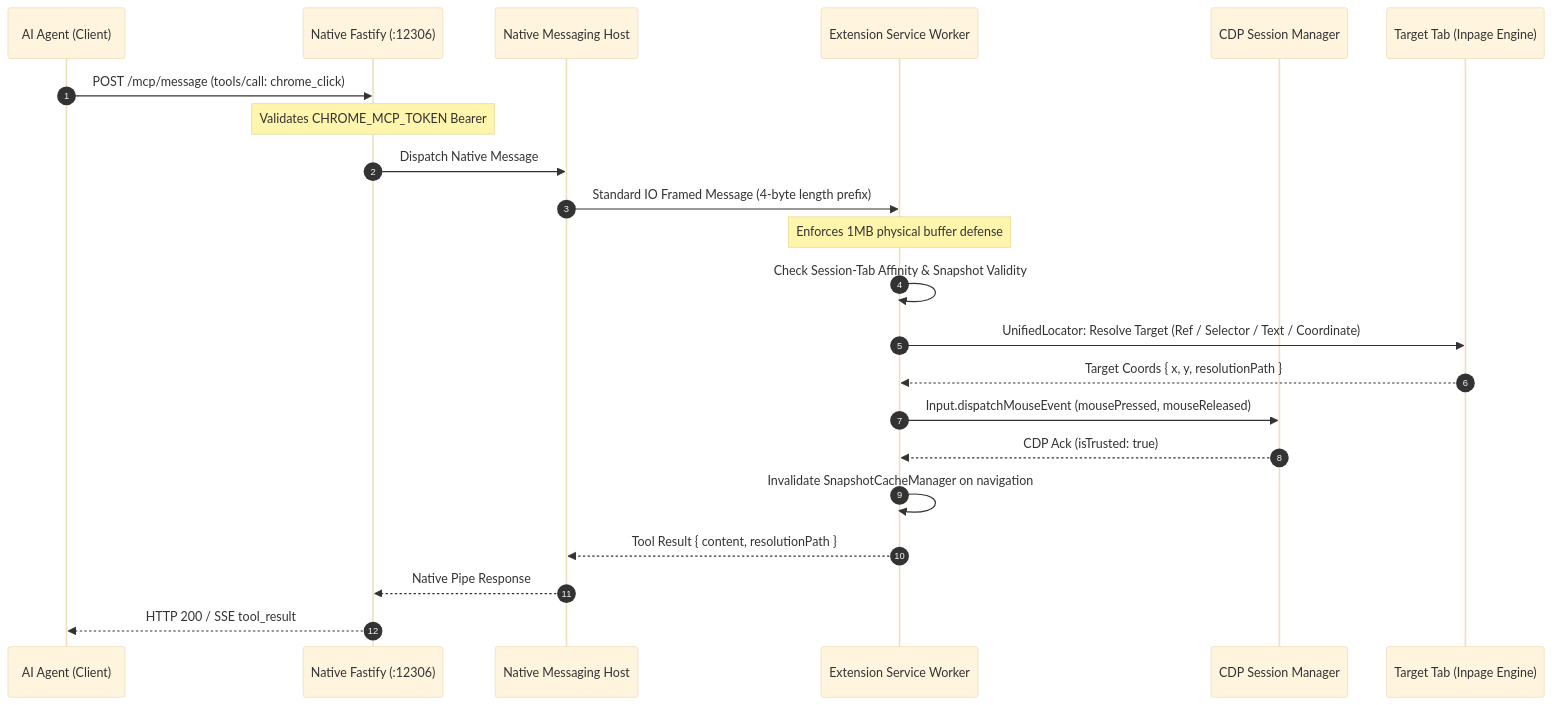
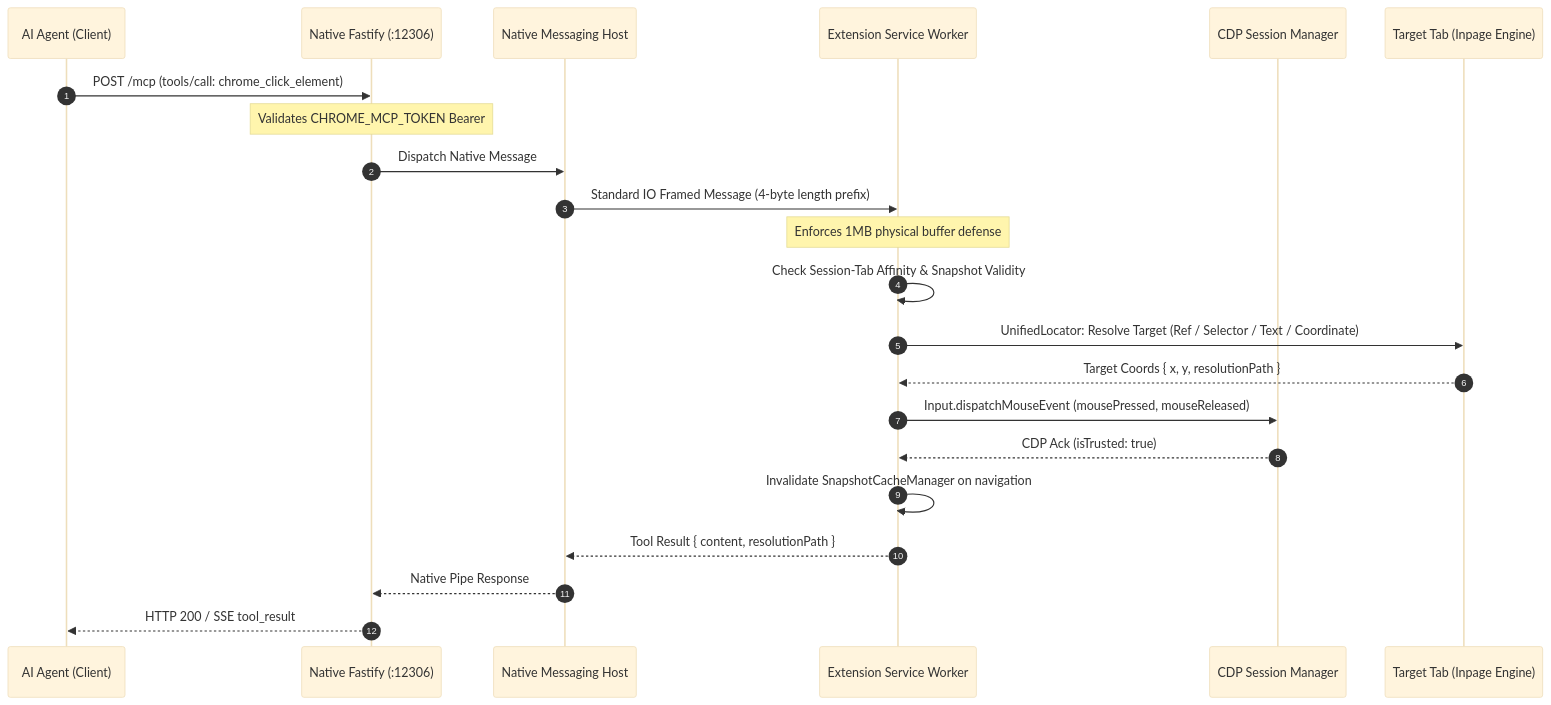
One commit to GoldenLoaf24h/browserclaw changed the third of 4 diagrams in docs/ARCHITECTURE.md. Above: the diagram before and after it, drawn with Mermaid (base theme). The commit also changed other lines of this file and 11 other files, not shown here.

````diff
--- a/docs/ARCHITECTURE.md
+++ b/docs/ARCHITECTURE.md
@@ -101,25 +101,25 @@
 ```mermaid
 sequenceDiagram
     autonumber
     participant Agent as AI Agent (Client)
     participant Fastify as Native Fastify (:12306)
     participant Host as Native Messaging Host
     participant SW as Extension Service Worker
     participant CDP as CDP Session Manager
     participant InPage as Target Tab (Inpage Engine)
 
-    Agent->>Fastify: POST /mcp/message (tools/call: chrome_click)
+    Agent->>Fastify: POST /mcp (tools/call: chrome_click_element)
     Note over Fastify: Validates CHROME_MCP_TOKEN Bearer
     Fastify->>Host: Dispatch Native Message
     Host->>SW: Standard IO Framed Message (4-byte length prefix)
     Note over SW: Enforces 1MB physical buffer defense
     SW->>SW: Check Session-Tab Affinity & Snapshot Validity
     SW->>InPage: UnifiedLocator: Resolve Target (Ref / Selector / Text / Coordinate)
     InPage-->>SW: Target Coords { x, y, resolutionPath }
     SW->>CDP: Input.dispatchMouseEvent (mousePressed, mouseReleased)
     CDP-->>SW: CDP Ack (isTrusted: true)
     SW->>SW: Invalidate SnapshotCacheManager on navigation
     SW-->>Host: Tool Result { content, resolutionPath }
     Host-->>Fastify: Native Pipe Response
     Fastify-->>Agent: HTTP 200 / SSE tool_result
 ```
````
